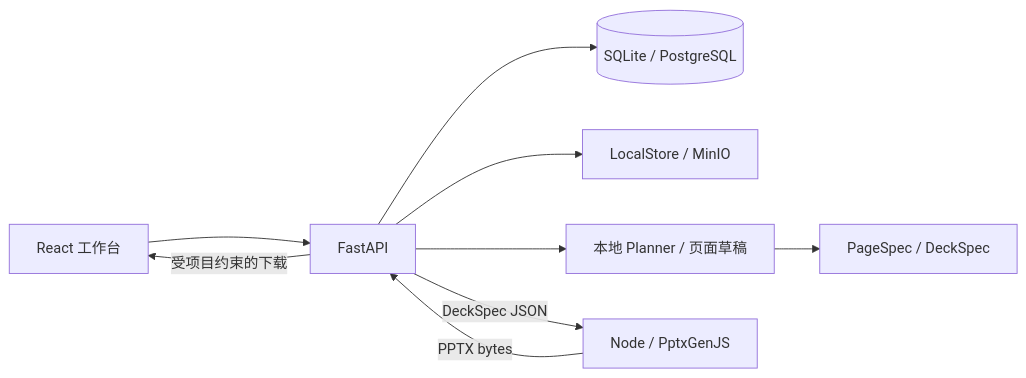
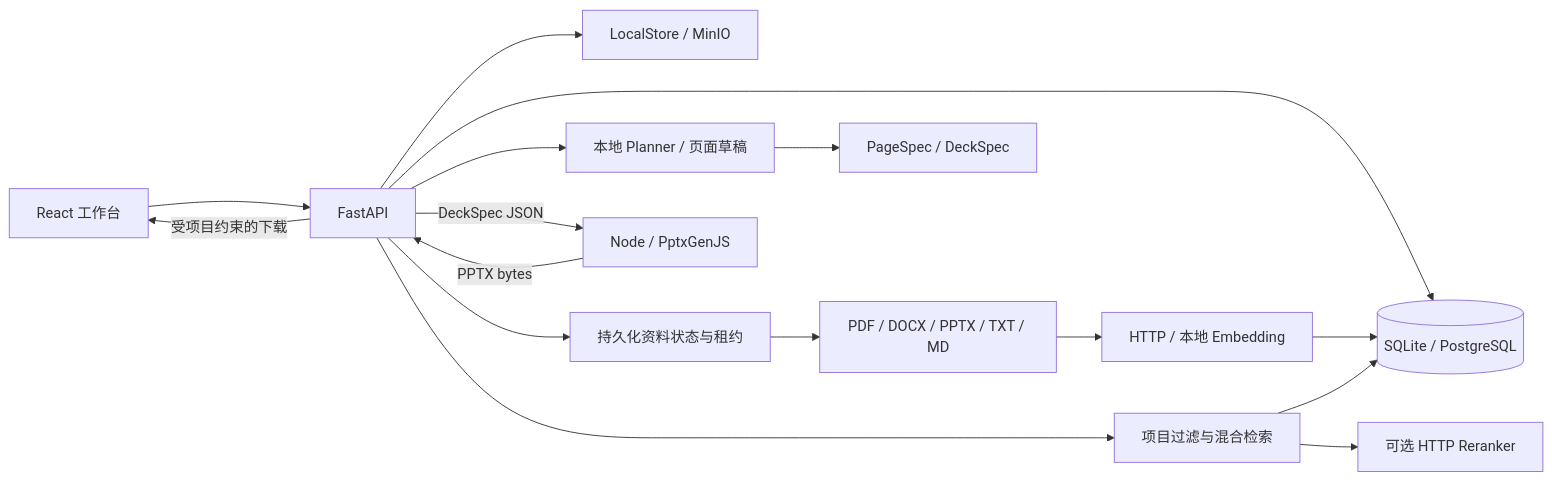
Before and after one commit to Uluoyu/SlideMind: the diagram in docs/architecture.md, drawn with Mermaid. The commit also changed other lines of this file and 39 other files, not shown here.

````diff
--- a/docs/architecture.md
+++ b/docs/architecture.md
@@ -5,11 +5,18 @@
 ```mermaid
 flowchart LR
   Web[React 工作台] --> API[FastAPI]
   API --> DB[(SQLite / PostgreSQL)]
   API --> Store[LocalStore / MinIO]
+  API --> Queue[持久化资料状态与租约]
+  Queue --> Parser[PDF / DOCX / PPTX / TXT / MD]
+  Parser --> Embedding[HTTP / 本地 Embedding]
+  Embedding --> DB
+  API --> Search[项目过滤与混合检索]
+  Search --> DB
+  Search --> Reranker[可选 HTTP Reranker]
   API --> Agent[本地 Planner / 页面草稿]
   Agent --> JSON[PageSpec / DeckSpec]
   API -->|DeckSpec JSON| Renderer[Node / PptxGenJS]
   Renderer -->|PPTX bytes| API
   API -->|受项目约束的下载| Web
 ```
````
